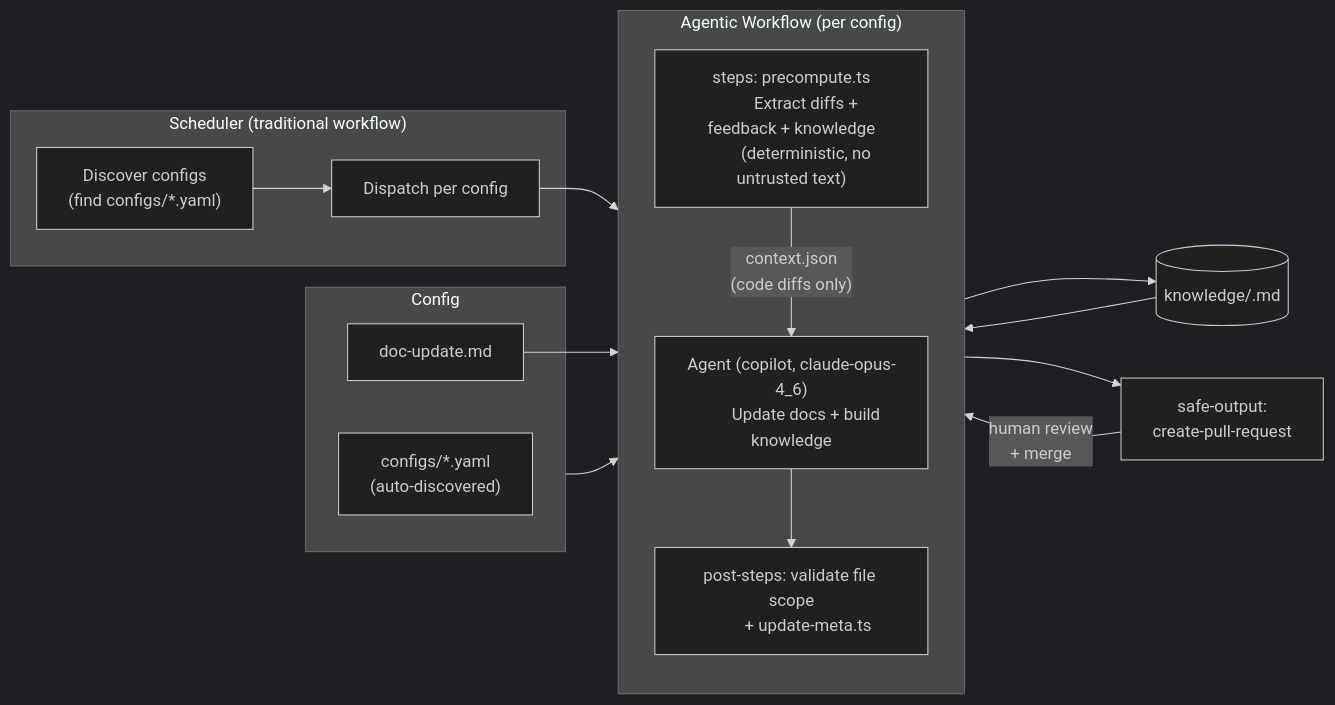
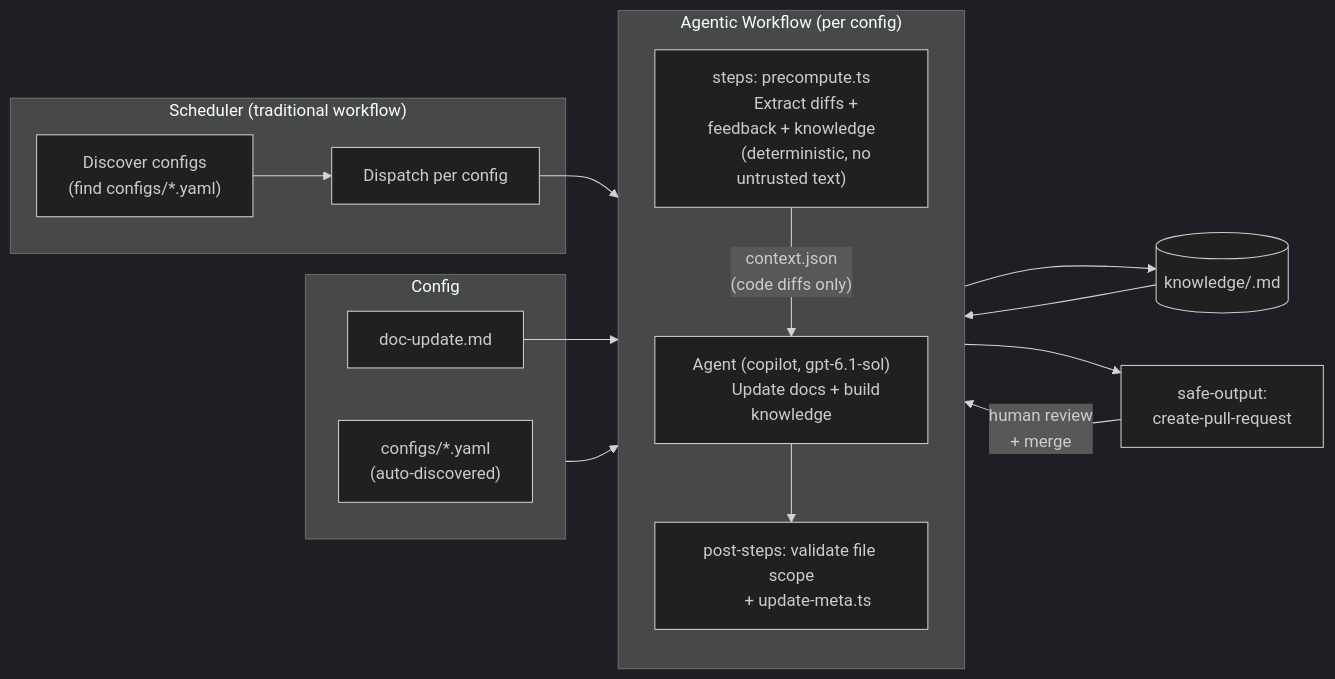
Before and after one commit to Azure/typespec-azure: the diagram in eng/scripts/doc-updater/flow.md, drawn with Mermaid (dark theme). The commit also changed 12 other files, not shown here.

````diff
--- a/eng/scripts/doc-updater/flow.md
+++ b/eng/scripts/doc-updater/flow.md
@@ -3,43 +3,43 @@
 ```mermaid
 flowchart LR
     subgraph Config
         YAML["configs/*.yaml
         (auto-discovered)"]
         PROMPT[doc-update.md]
     end
 
     subgraph "Scheduler (traditional workflow)"
         DISCOVER["Discover configs
         (find configs/*.yaml)"]
         DISPATCH[Dispatch per config]
     end
 
     subgraph "Agentic Workflow (per config)"
         direction TB
         PRECOMPUTE["steps: precompute.ts
         Extract diffs + feedback + knowledge
         (deterministic, no untrusted text)"]
-        AGENT["Agent (copilot, claude-opus-4_6)
+        AGENT["Agent (copilot, gpt-6.1-sol)
         Update docs + build knowledge"]
         VALIDATE["post-steps: validate file scope
         + update-meta.ts"]
     end
 
     Config --> PRECOMPUTE
     DISCOVER --> DISPATCH
     DISPATCH --> PRECOMPUTE
     PRECOMPUTE -->|"context.json
     (code diffs only)"| AGENT
     PROMPT --> AGENT
     AGENT --> VALIDATE
 
     KB[(knowledge/<config>.md)]
     PR["safe-output:
     create-pull-request"]
 
     KB --> PRECOMPUTE
     AGENT --> KB
     VALIDATE --> PR
     PR -->|"human review
     + merge"| PRECOMPUTE
 ```
````
